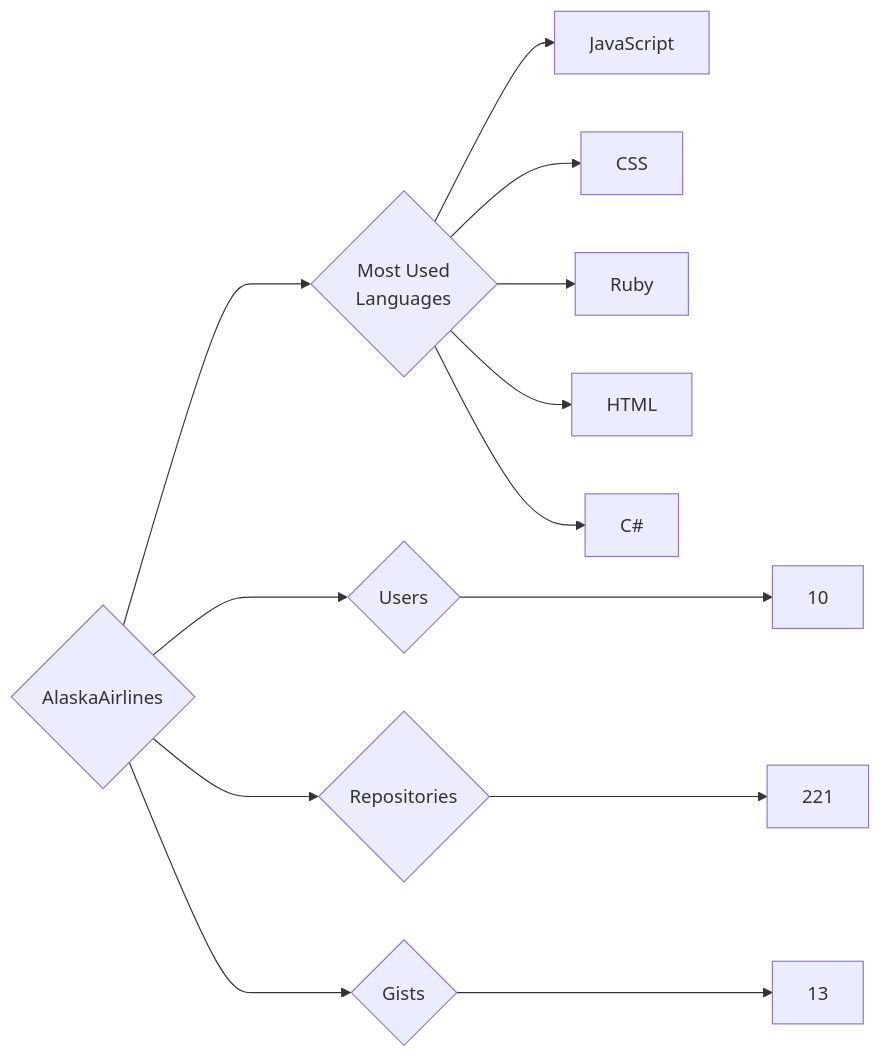
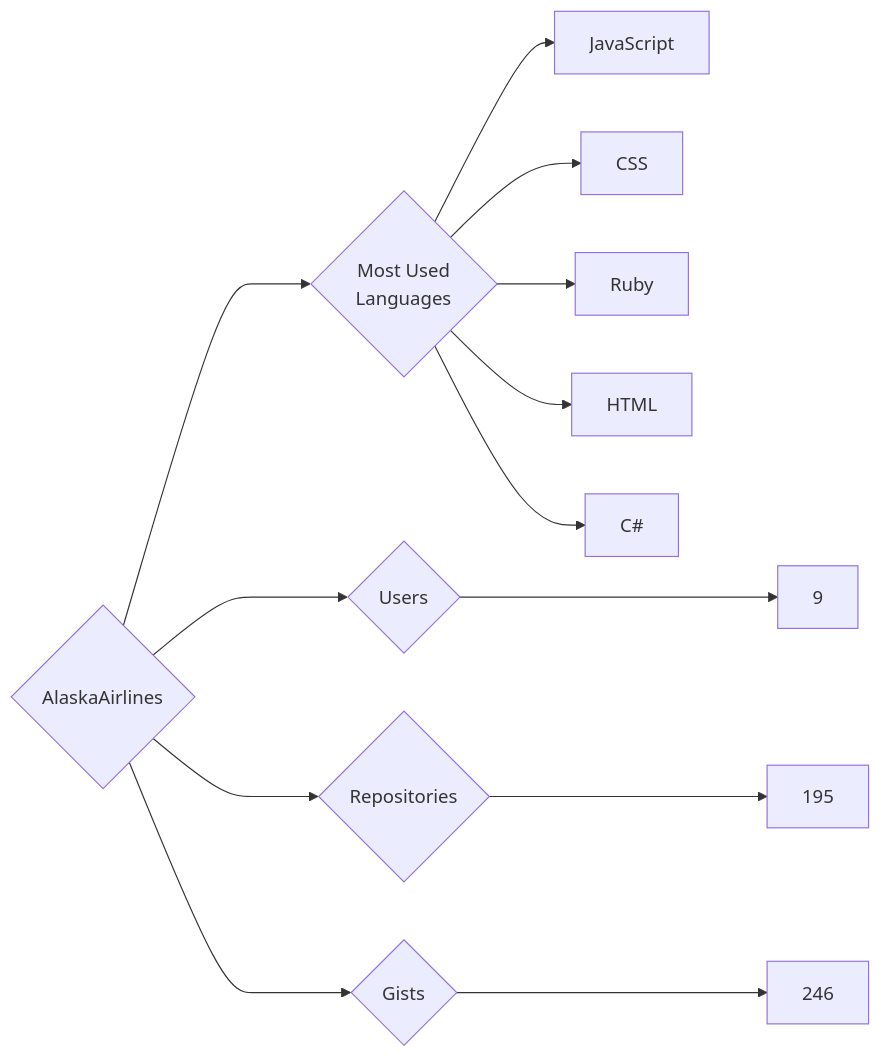
Before and after one commit to trickest/insiders: the diagram in targets/AlaskaAirlines/README.md, drawn with Mermaid. The commit also changed 934 other files, not shown here.

````diff
--- a/targets/AlaskaAirlines/README.md
+++ b/targets/AlaskaAirlines/README.md
@@ -3,13 +3,13 @@
 ```mermaid
 graph LR
 COMPANY_NAME{AlaskaAirlines}
-COMPANY_NAME ---> U{Users} ---> UN[10]
-COMPANY_NAME ---> R{Repositories} ---> RN[221]
-COMPANY_NAME ---> G{Gists} ---> GN[13]
+COMPANY_NAME ---> U{Users} ---> UN[9]
+COMPANY_NAME ---> R{Repositories} ---> RN[195]
+COMPANY_NAME ---> G{Gists} ---> GN[246]
 COMPANY_NAME ---> ML{Most Used<br>Languages}
 ML --> JavaScript[JavaScript]
 ML --> CSS[CSS]
 ML --> Ruby[Ruby]
 ML --> HTML[HTML]
 ML --> C#[C#]
 ```
````
